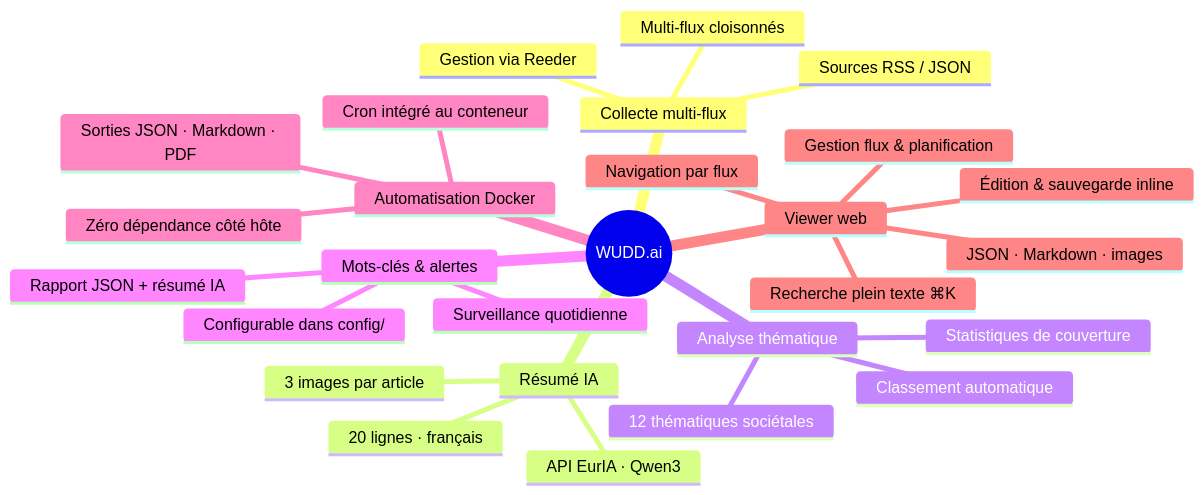
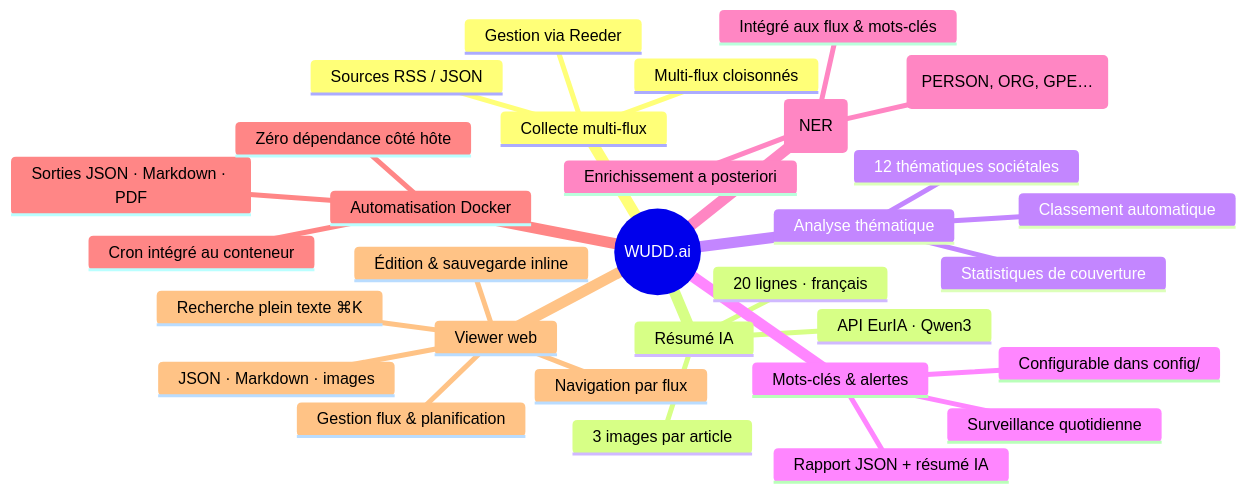
Before and after one commit to pat-the-geek/AnalyseActualites: the diagram in README.md, drawn with Mermaid. The commit also changed other lines of this file and 4 other files, not shown here.

Commit message:
docs: ajout NER/entités dans README, CLAUDE.md et USAGE.md + fix build JSX + .gitignore .claude/

````diff
--- a/README.md
+++ b/README.md
@@ -53,30 +53,34 @@
 ```mermaid
 mindmap
   root((WUDD.ai))
     Collecte multi-flux
       Sources RSS / JSON
       Gestion via Reeder
       Multi-flux cloisonnés
     Résumé IA
       API EurIA · Qwen3
       20 lignes · français
       3 images par article
     Analyse thématique
       12 thématiques sociétales
       Statistiques de couverture
       Classement automatique
     Mots-clés & alertes
       Surveillance quotidienne
       Rapport JSON + résumé IA
       Configurable dans config/
+    Entités nommées (NER)
+      18 types (PERSON, ORG, GPE…)
+      Enrichissement a posteriori
+      Intégré aux flux & mots-clés
     Automatisation Docker
       Cron intégré au conteneur
       Sorties JSON · Markdown · PDF
       Zéro dépendance côté hôte
     Viewer web
       Navigation par flux
       JSON · Markdown · images
       Recherche plein texte ⌘K
       Édition & sauvegarde inline
       Gestion flux & planification
 ```
````
